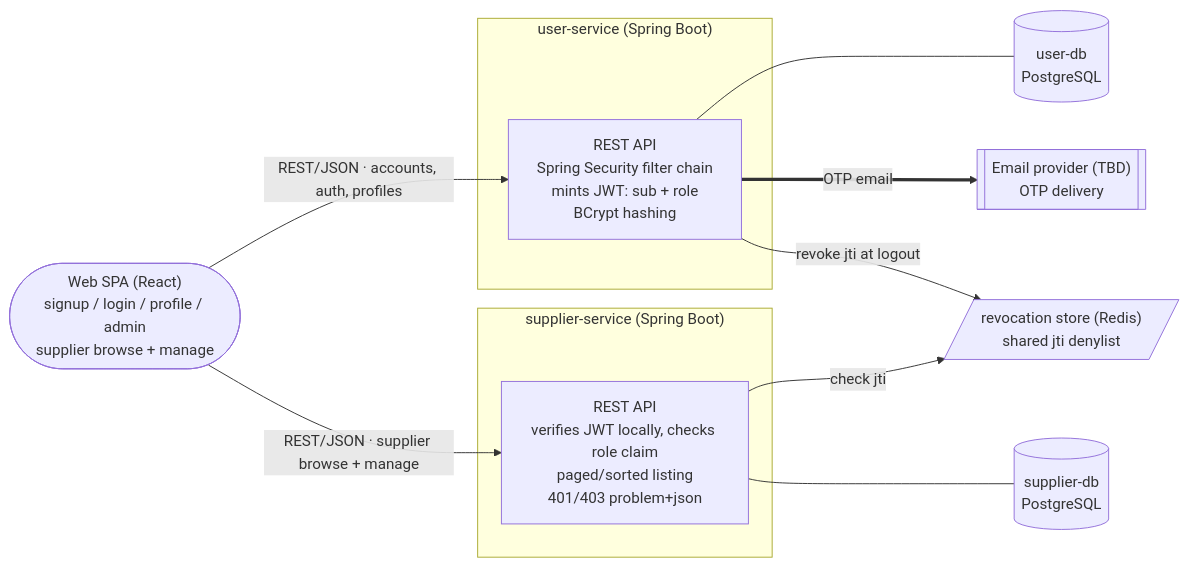
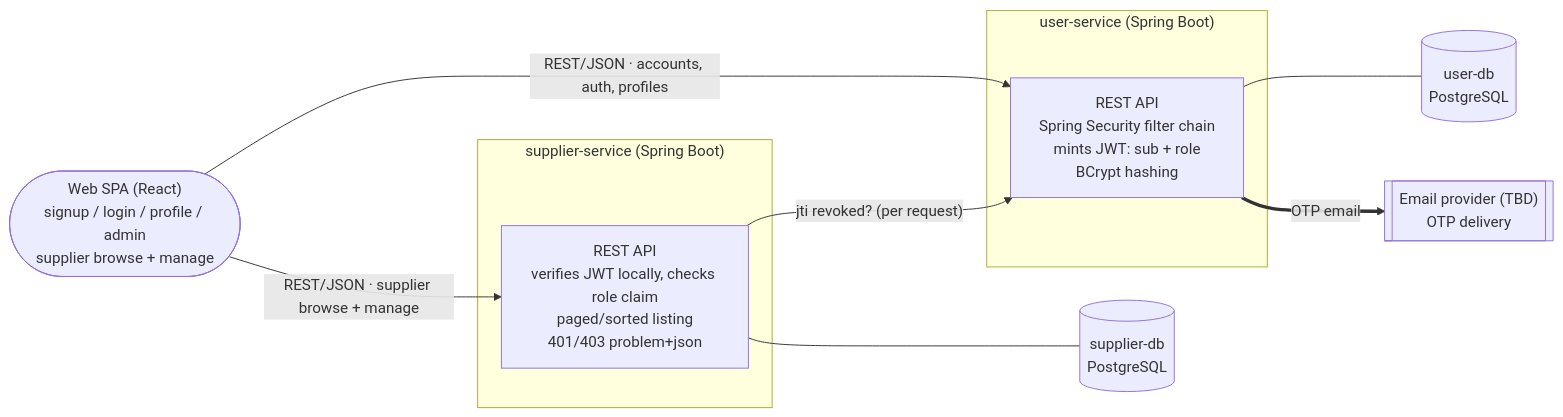
Before and after one commit to AY2627S1-CS3219-P23/foc: the third of 9 diagrams in docs/d2-design.md, drawn with Mermaid. The commit also changed other lines of this file and 2 other files, not shown here.

First line of the commit message:
docs: revise logout scope to per-request denylist check via User Service

````diff
--- a/docs/d2-design.md
+++ b/docs/d2-design.md
@@ -96,24 +99,22 @@
 ```mermaid
 flowchart LR
     SPA(["Web SPA (React)<br/>signup / login / profile / admin<br/>supplier browse + manage"])
 
     subgraph US["user-service (Spring Boot)"]
         USC["REST API<br/>Spring Security filter chain<br/>mints JWT: sub + role<br/>BCrypt hashing"]
     end
     subgraph SS["supplier-service (Spring Boot)"]
         SSC["REST API<br/>verifies JWT locally, checks role claim<br/>paged/sorted listing<br/>401/403 problem+json"]
     end
 
     UDB[("user-db<br/>PostgreSQL")]
     SDB[("supplier-db<br/>PostgreSQL")]
     MAIL[["Email provider (TBD)<br/>OTP delivery"]]
-    RED[/"revocation store (Redis)<br/>shared jti denylist"/]
 
     SPA -->|"REST/JSON · accounts, auth, profiles"| USC
     SPA -->|"REST/JSON · supplier browse + manage"| SSC
     USC --- UDB
     SSC --- SDB
     USC ==>|"OTP email"| MAIL
-    USC -->|"revoke jti at logout"| RED
-    SSC -->|"check jti"| RED
+    SSC -->|"jti revoked? (per request)"| USC
 ```
````
